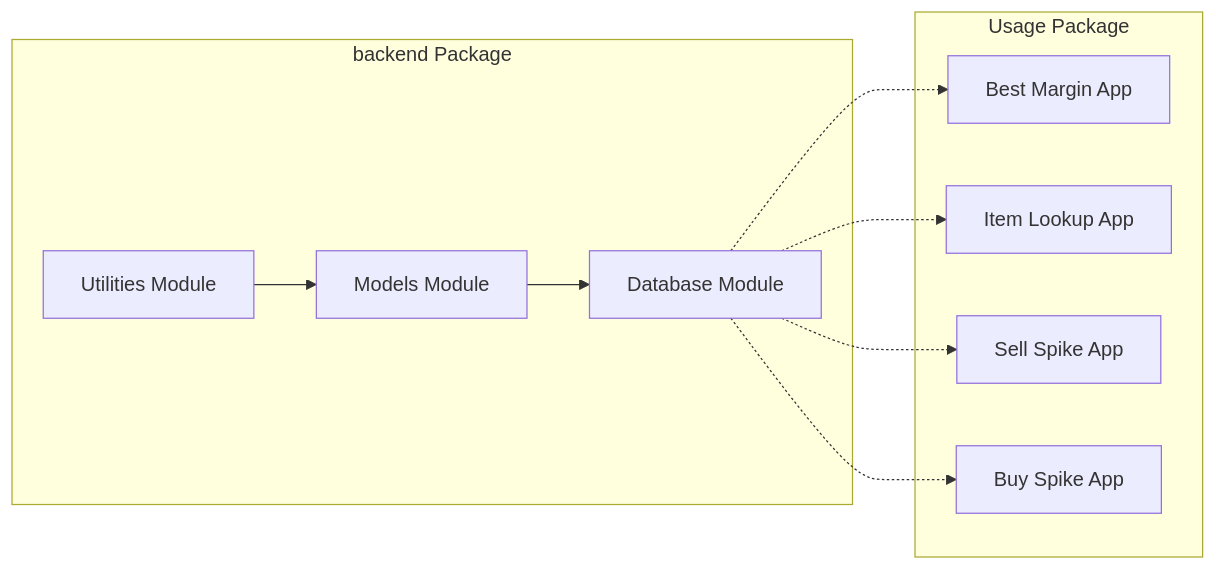
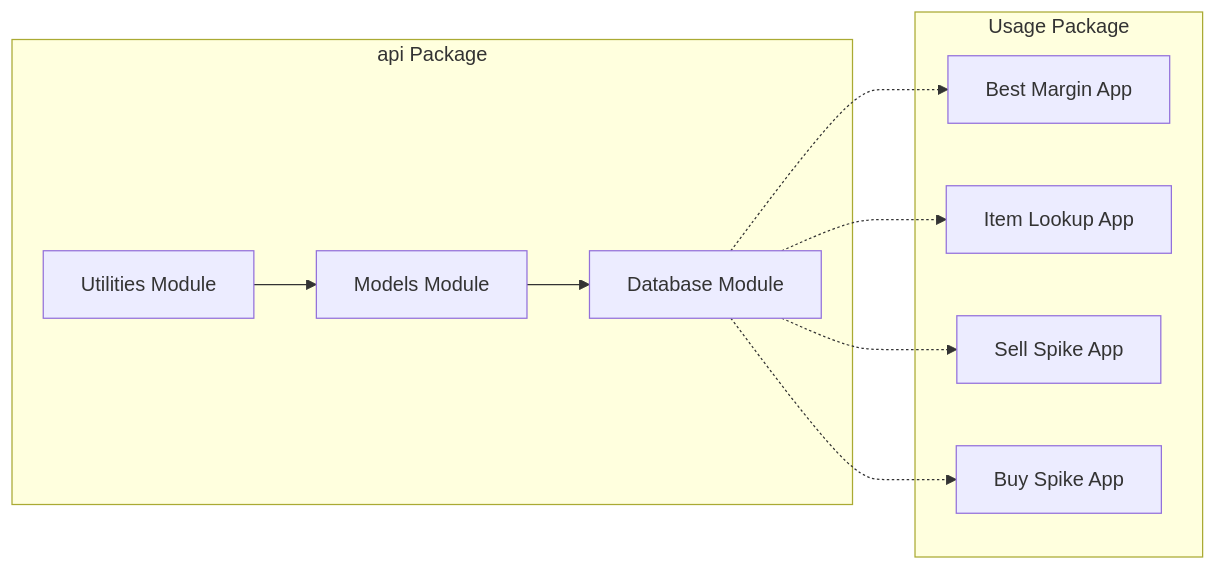
One commit to fisherrjd/osrs_ge changed the first of 3 diagrams in .sop/summary/components.md. Above: the diagram before and after it, drawn with Mermaid. The commit also changed other lines of this file and 31 other files, not shown here.

Commit message:
backend -> api

````diff
--- a/.sop/summary/components.md
+++ b/.sop/summary/components.md
@@ -5,22 +5,22 @@
 ```mermaid
 graph LR
-    subgraph backend Package
+    subgraph api Package
         DB[Database Module]
         Models[Models Module]
         Util[Utilities Module]
     end
 
     subgraph Usage Package
         BM[Best Margin App]
         IL[Item Lookup App]
         SS[Sell Spike App]
         BS[Buy Spike App]
     end
 
     Models --> DB
     Util --> Models
     DB -.-> BM
     DB -.-> IL
     DB -.-> SS
     DB -.-> BS
 ```
````
